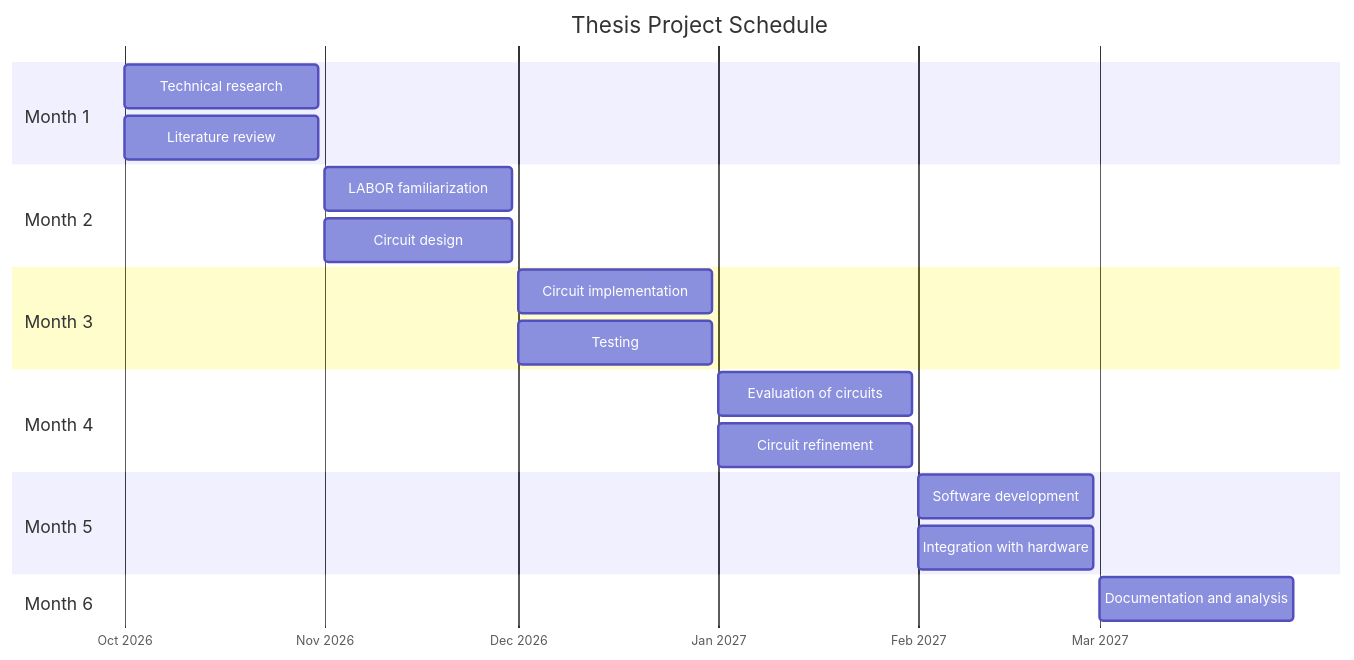
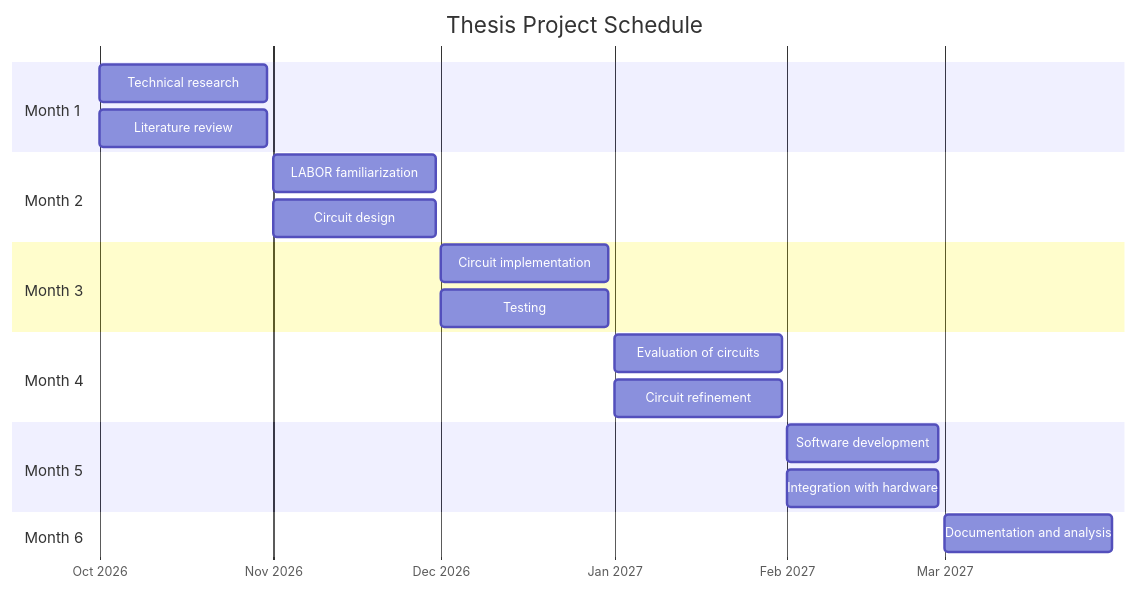
One commit to psai-harshita/MasterarbeitSynthCkts changed the diagram in anu-thesis/chapter1.qmd. Above: the diagram before and after it, drawn with Mermaid.

Commit message:
PDF Updated

````diff
--- a/anu-thesis/chapter1.qmd
+++ b/anu-thesis/chapter1.qmd
@@ -123,45 +123,48 @@
 ```{mermaid}
 %%| label: fig-gantt
 %%| fig-cap: "Project timeline of the thesis work"
+%%| fig-width: 6.5
 %%{init: {
   'gantt': {
-   'useMaxWidth': false,
-    'fontSize': 11,
-    'sectionFontSize': 14,
-    'barHeight': 35,
+    'useMaxWidth': false,
+    'useWidth': 900,
+    'fontSize': 10,
+    'sectionFontSize': 12,
+    'barHeight': 30,
     'barGap': 6,
-    'leftPadding': 90,
+    'leftPadding': 70,
+    'rightPadding': 20,
     'topPadding': 50
   }
 }}%%
 gantt
     title Thesis Project Schedule
     dateFormat  YYYY-MM-DD
     axisFormat  %b %Y
     todayMarker off
 
     section Month 1
     Technical research    :a1, 2026-10-01, 2026-10-31
     Literature review     :a2, 2026-10-01, 2026-10-31
 
     section Month 2
     LABOR familiarization  :b1, 2026-11-01, 2026-11-30
     Circuit design  :b2, 2026-11-01, 2026-11-30
 
     section Month 3
     Circuit implementation  :c1, 2026-12-01, 2026-12-31
     Testing :c2, 2026-12-01, 2026-12-31
 
     section Month 4    
     Evaluation of circuits   :d1, 2027-01-01, 2027-01-31                    
     Circuit refinement     :d2, 2027-01-01, 2027-01-31
     
 
     section Month 5
     Software development   :e1, 2027-02-01, 2027-02-28
     Integration with hardware  :e2, 2027-02-01, 2027-02-28
 
     section Month 6
     Documentation and analysis   :f1, 2027-03-01, 2027-03-31
 
 ```
````
